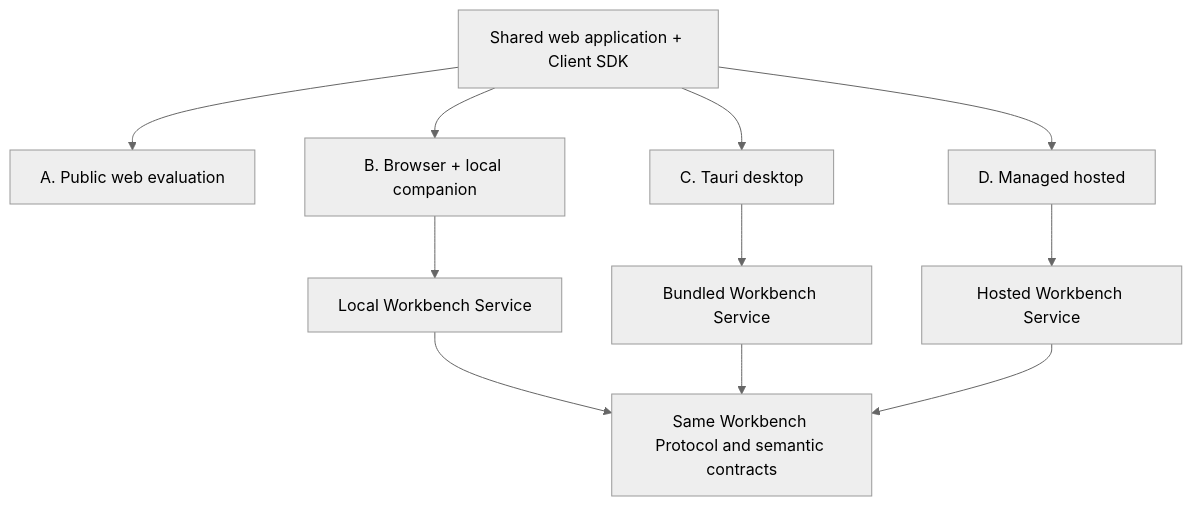
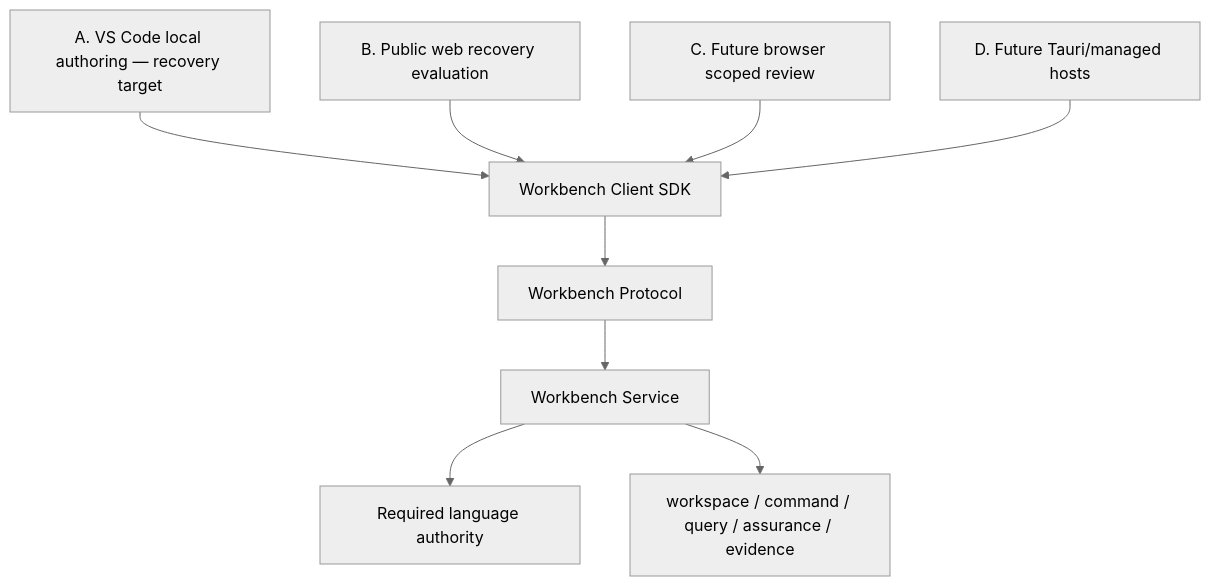
One commit to haitaowu12/sysmlv2_viewer changed the diagram in docs/revamp/15-deployment-and-access-strategy.md. Above: the diagram before and after it, drawn with Mermaid (neutral theme). The commit also changed other lines of this file, not shown here.

Commit message:
docs: amend deployment strategy for recovery

````diff
--- a/docs/revamp/15-deployment-and-access-strategy.md
+++ b/docs/revamp/15-deployment-and-access-strategy.md
@@ -5,14 +13,11 @@
 ```mermaid
 flowchart TB
-  UI["Shared web application + Client SDK"]
-  UI --> A["A. Public web evaluation"]
-  UI --> B["B. Browser + local companion"]
-  UI --> C["C. Tauri desktop"]
-  UI --> D["D. Managed hosted"]
-  B --> S1["Local Workbench Service"]
-  C --> S2["Bundled Workbench Service"]
-  D --> S3["Hosted Workbench Service"]
-  S1 --> P["Same Workbench Protocol and semantic contracts"]
-  S2 --> P
-  S3 --> P
+  VSC["A. VS Code local authoring — recovery target"] --> SDK["Workbench Client SDK"]
+  WEB["B. Public web recovery evaluation"] --> SDK
+  REVIEW["C. Future browser scoped review"] --> SDK
+  HOSTS["D. Future Tauri/managed hosts"] --> SDK
+  SDK --> P["Workbench Protocol"]
+  P --> S["Workbench Service"]
+  S --> L["Required language authority"]
+  S --> W["workspace / command / query / assurance / evidence"]
 ```
````
